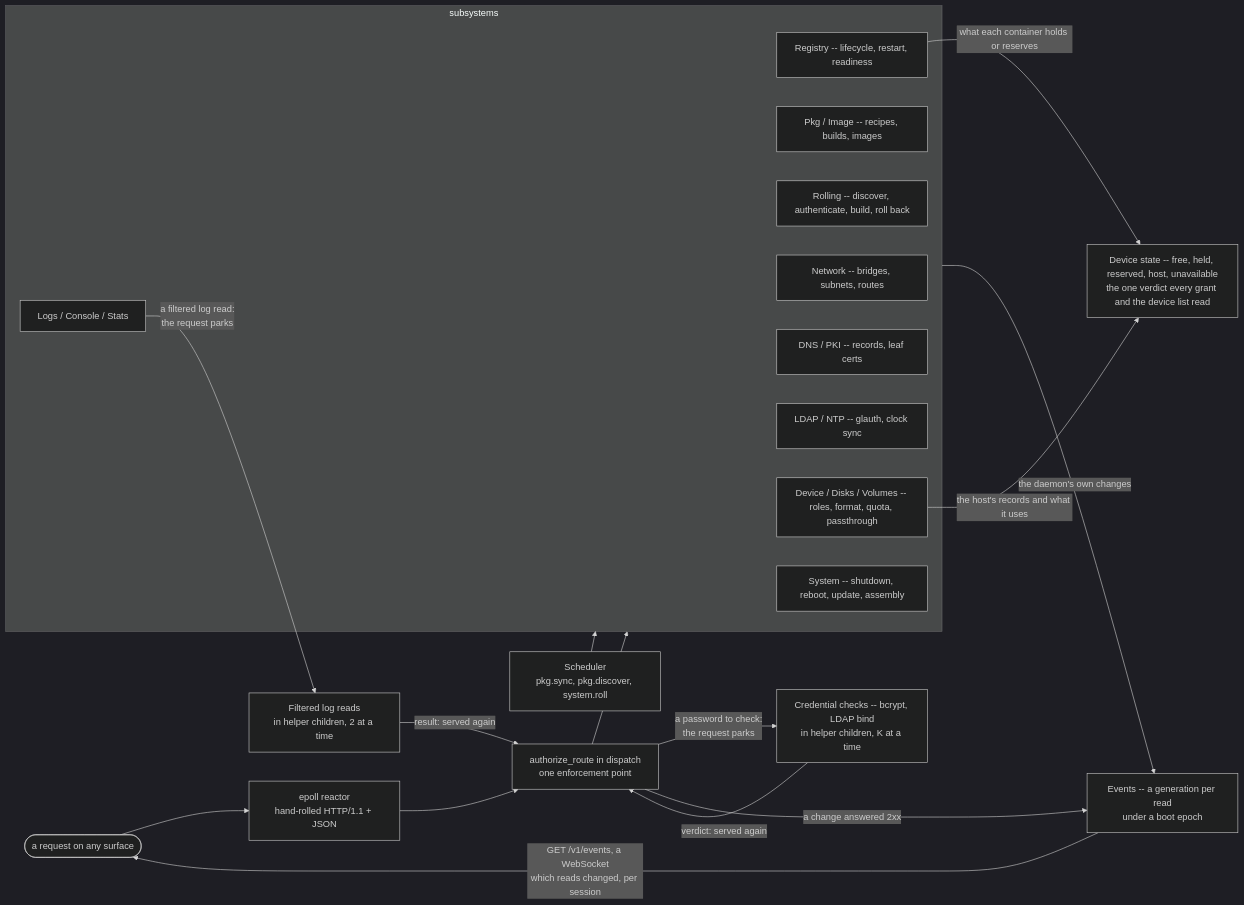
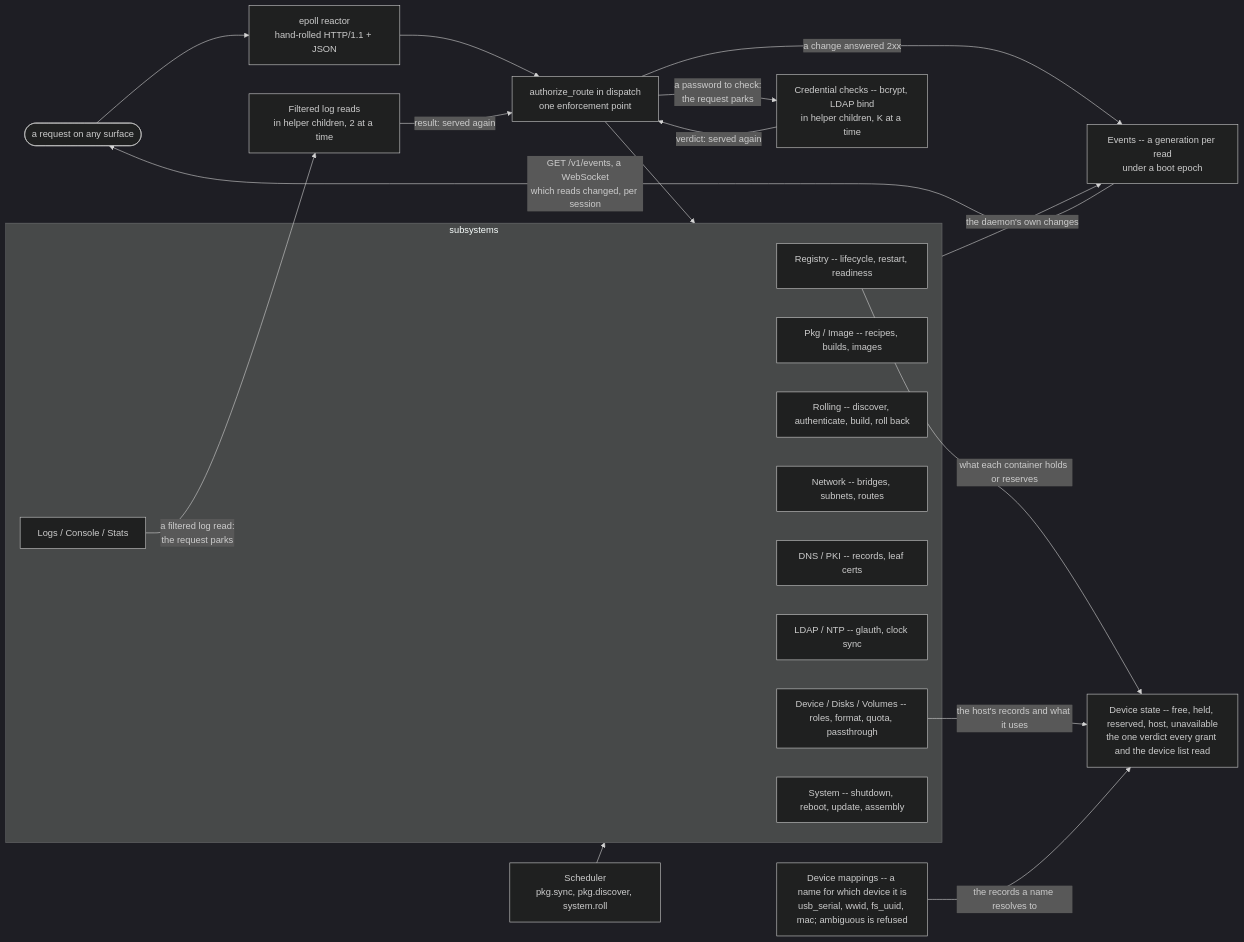
The second of 6 diagrams in docs/architecture/architecture.md (The-Cix-Project/cix), drawn with Mermaid (dark theme) before and after one commit. The commit also changed 22 other files, not shown here.

First line of the commit message:
Device mappings name identity; a USB id names a location (ADR-0345 step 2a, #349)

````diff
--- a/docs/architecture/architecture.md
+++ b/docs/architecture/architecture.md
@@ -41,30 +41,31 @@
 ```mermaid
 flowchart LR
     req(["a request on any surface"]) --> reactor
     reactor["epoll reactor<br/>hand-rolled HTTP/1.1 + JSON"] --> rbac
     rbac -- "a password to check:<br/>the request parks" --> credcheck
     credcheck["Credential checks -- bcrypt, LDAP bind<br/>in helper children, K at a time"] -- "verdict: served again" --> rbac
     rbac["authorize_route in dispatch<br/>one enforcement point"] --> subsys
     sched["Scheduler<br/>pkg.sync, pkg.discover, system.roll"] --> subsys
     rbac -- "a change answered 2xx" --> events
     subsys -- "the daemon's own changes" --> events
     events["Events -- a generation per read<br/>under a boot epoch"]
     events -- "GET /v1/events, a WebSocket<br/>which reads changed, per session" --> req
 
     subgraph subsys["subsystems"]
         registry["Registry -- lifecycle, restart, readiness"]
         pkgimg["Pkg / Image -- recipes, builds, images"]
         rolling["Rolling -- discover, authenticate, build, roll back"]
         network["Network -- bridges, subnets, routes"]
         dnspki["DNS / PKI -- records, leaf certs"]
         ldapntp["LDAP / NTP -- glauth, clock sync"]
         devdisk["Device / Disks / Volumes -- roles, format, quota, passthrough"]
         system["System -- shutdown, reboot, update, assembly"]
         logs["Logs / Console / Stats"]
     end
     registry -- "what each container holds or reserves" --> devstate
     devdisk -- "the host's records and what it uses" --> devstate
     devstate["Device state -- free, held, reserved, host, unavailable<br/>the one verdict every grant and the device list read"]
+    devmatch["Device mappings -- a name for which device it is<br/>usb_serial, wwid, fs_uuid, mac; ambiguous is refused"] -- "the records a name resolves to" --> devstate
     logs -- "a filtered log read:<br/>the request parks" --> logread
     logread["Filtered log reads<br/>in helper children, 2 at a time"] -- "result: served again" --> rbac
 ```
````
